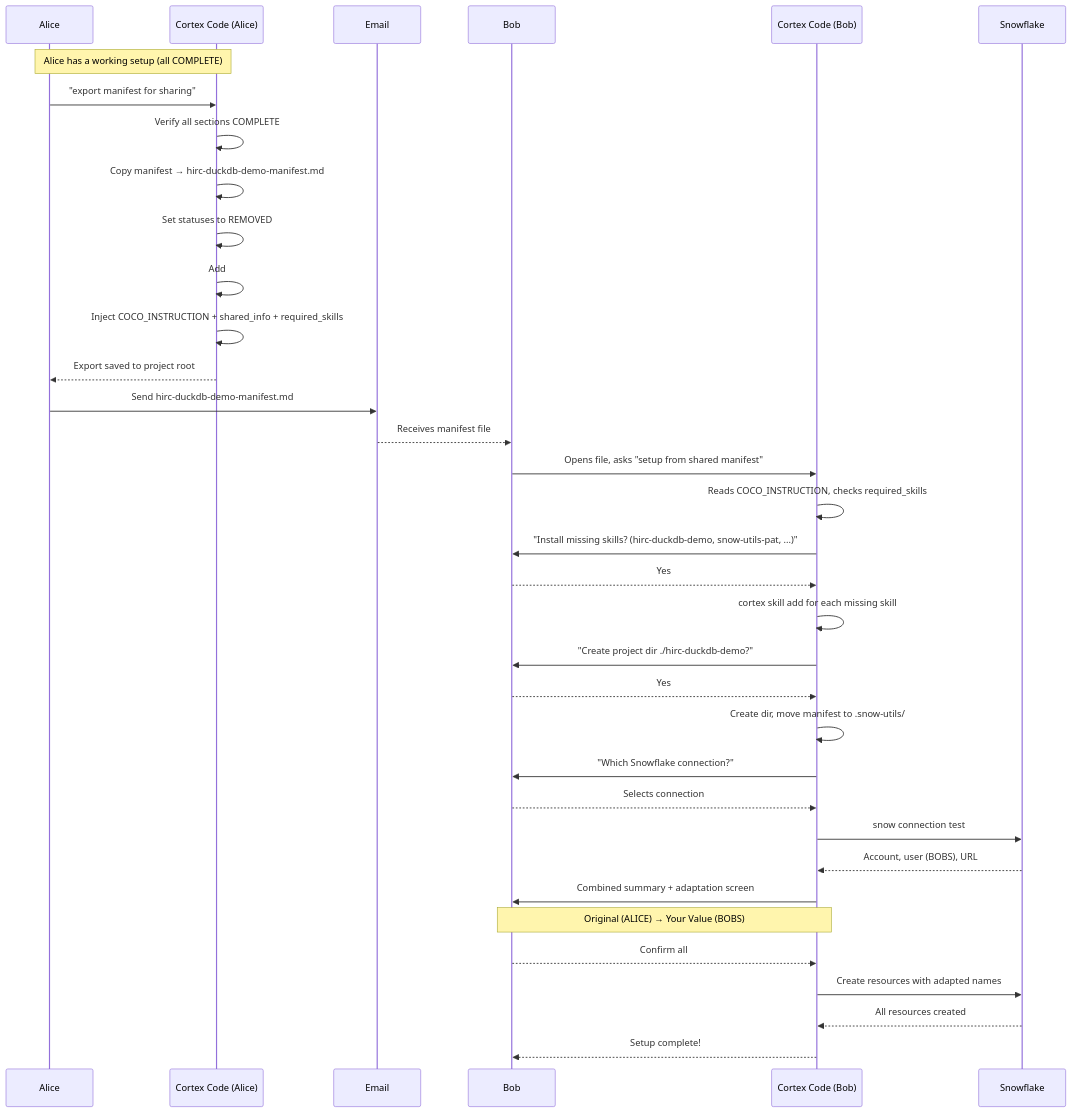
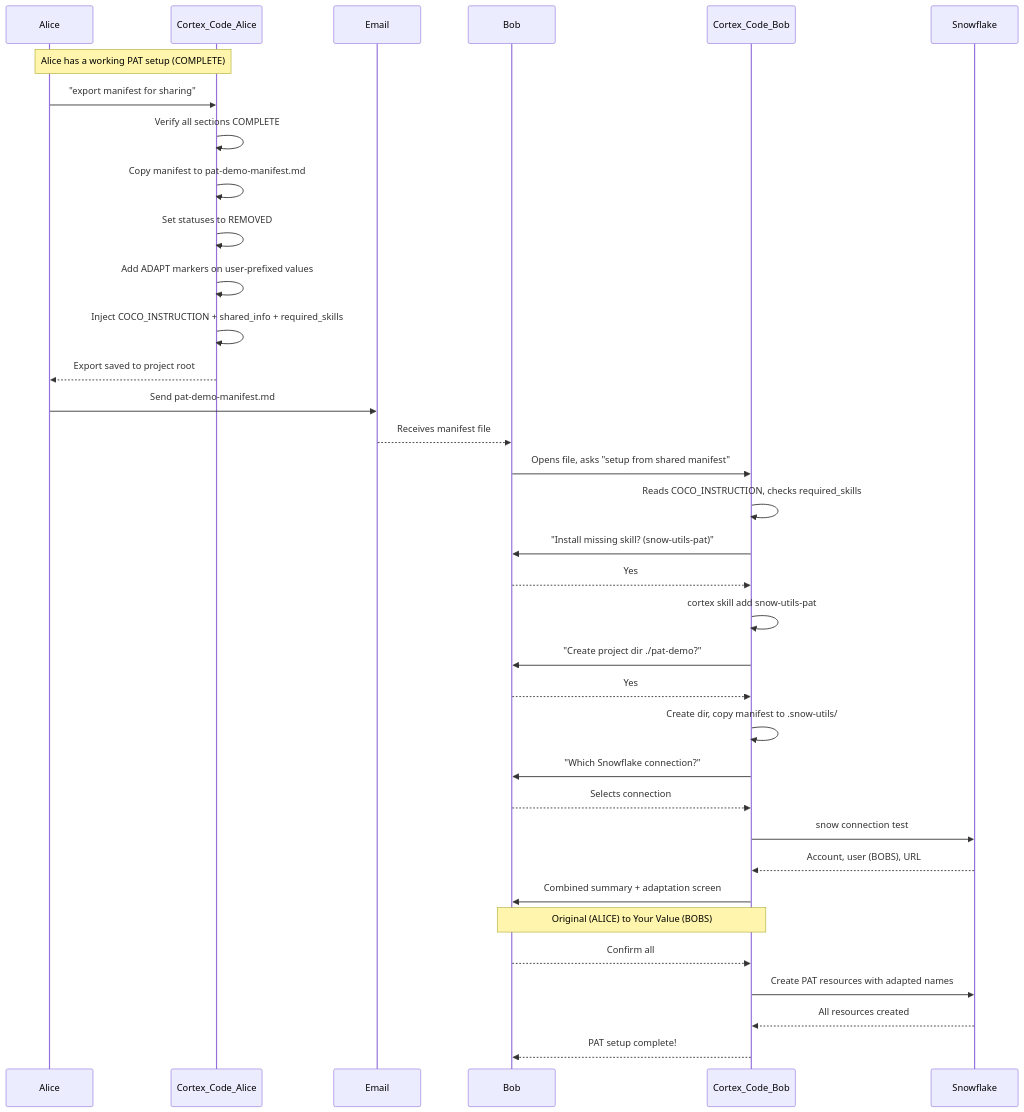
Before and after one commit to kameshsampath/snow-utils-skills: the diagram in README.md, drawn with Mermaid. The commit also changed other lines of this file, not shown here.

First line of the commit message:
docs: use pat-demo example in Shared Manifests section instead of hirc-duckdb-demo

````diff
--- a/README.md
+++ b/README.md
@@ -150,47 +150,47 @@
 ```mermaid
 sequenceDiagram
     participant Alice
-    participant CC as Cortex Code (Alice)
+    participant CC as Cortex_Code_Alice
     participant Email
     participant Bob
-    participant CC2 as Cortex Code (Bob)
+    participant CC2 as Cortex_Code_Bob
     participant SF as Snowflake
 
-    Note over Alice,CC: Alice has a working setup (all COMPLETE)
+    Note over Alice,CC: Alice has a working PAT setup (COMPLETE)
 
     Alice->>CC: "export manifest for sharing"
     CC->>CC: Verify all sections COMPLETE
-    CC->>CC: Copy manifest → hirc-duckdb-demo-manifest.md
+    CC->>CC: Copy manifest to pat-demo-manifest.md
     CC->>CC: Set statuses to REMOVED
-    CC->>CC: Add # ADAPT markers on user-prefixed values
+    CC->>CC: Add ADAPT markers on user-prefixed values
     CC->>CC: Inject COCO_INSTRUCTION + shared_info + required_skills
     CC-->>Alice: Export saved to project root
 
-    Alice->>Email: Send hirc-duckdb-demo-manifest.md
+    Alice->>Email: Send pat-demo-manifest.md
 
     Email-->>Bob: Receives manifest file
 
     Bob->>CC2: Opens file, asks "setup from shared manifest"
     CC2->>CC2: Reads COCO_INSTRUCTION, checks required_skills
-    CC2->>Bob: "Install missing skills? (hirc-duckdb-demo, snow-utils-pat, ...)"
+    CC2->>Bob: "Install missing skill? (snow-utils-pat)"
     Bob-->>CC2: Yes
-    CC2->>CC2: cortex skill add for each missing skill
-    CC2->>Bob: "Create project dir ./hirc-duckdb-demo?"
+    CC2->>CC2: cortex skill add snow-utils-pat
+    CC2->>Bob: "Create project dir ./pat-demo?"
     Bob-->>CC2: Yes
 
-    CC2->>CC2: Create dir, move manifest to .snow-utils/
+    CC2->>CC2: Create dir, copy manifest to .snow-utils/
     CC2->>Bob: "Which Snowflake connection?"
     Bob-->>CC2: Selects connection
 
     CC2->>SF: snow connection test
     SF-->>CC2: Account, user (BOBS), URL
 
     CC2->>Bob: Combined summary + adaptation screen
-    Note over CC2,Bob: Original (ALICE) → Your Value (BOBS)
+    Note over CC2,Bob: Original (ALICE) to Your Value (BOBS)
     Bob-->>CC2: Confirm all
 
-    CC2->>SF: Create resources with adapted names
+    CC2->>SF: Create PAT resources with adapted names
     SF-->>CC2: All resources created
 
-    CC2-->>Bob: Setup complete!
+    CC2-->>Bob: PAT setup complete!
 ```
````
